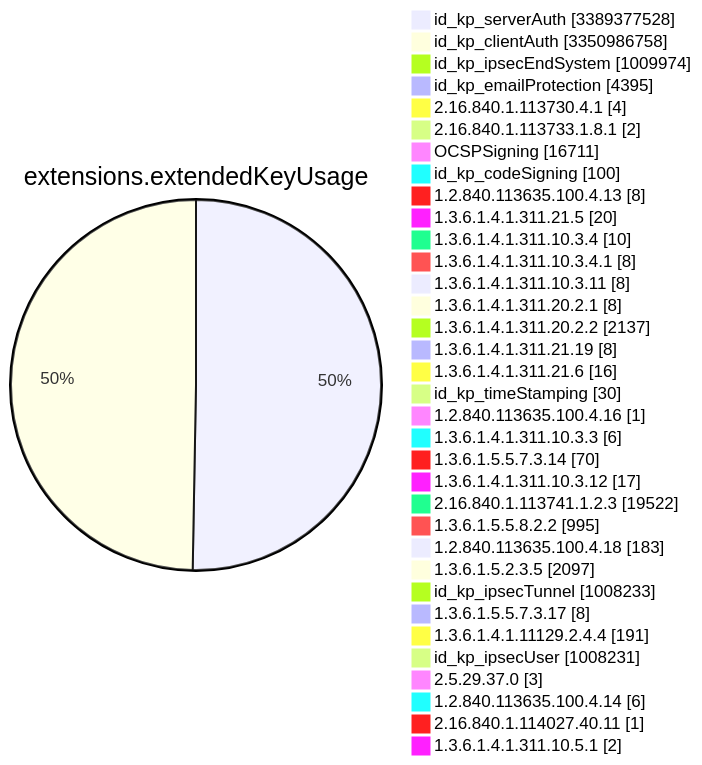
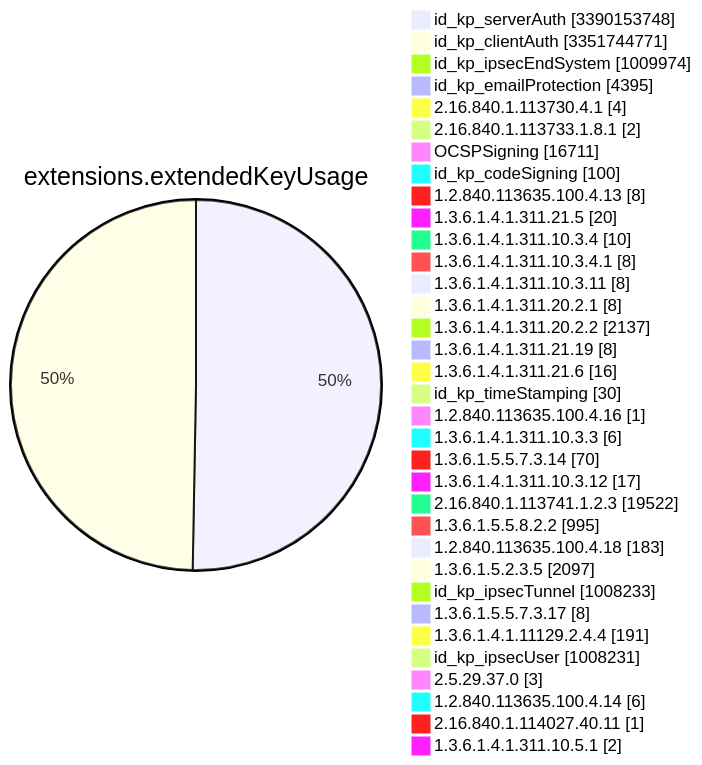
Before and after one commit to christiankrug/ctmonitor_visualization: diagram 11 of 15 in TOTAL/README.md, drawn with Mermaid. The commit also changed other lines of this file, not shown here.

````diff
--- a/TOTAL/README.md
+++ b/TOTAL/README.md
@@ -4121,38 +4121,38 @@
 ```mermaid
 pie showData
 title extensions.extendedKeyUsage
-"id_kp_serverAuth" :3389377528
-"id_kp_clientAuth" :3350986758
+"id_kp_serverAuth" :3390153748
+"id_kp_clientAuth" :3351744771
 "id_kp_ipsecEndSystem" :1009974
 "id_kp_emailProtection" :4395
 "2.16.840.1.113730.4.1" :4
 "2.16.840.1.113733.1.8.1" :2
 "OCSPSigning" :16711
 "id_kp_codeSigning" :100
 "1.2.840.113635.100.4.13" :8
 "1.3.6.1.4.1.311.21.5" :20
 "1.3.6.1.4.1.311.10.3.4" :10
 "1.3.6.1.4.1.311.10.3.4.1" :8
 "1.3.6.1.4.1.311.10.3.11" :8
 "1.3.6.1.4.1.311.20.2.1" :8
 "1.3.6.1.4.1.311.20.2.2" :2137
 "1.3.6.1.4.1.311.21.19" :8
 "1.3.6.1.4.1.311.21.6" :16
 "id_kp_timeStamping" :30
 "1.2.840.113635.100.4.16" :1
 "1.3.6.1.4.1.311.10.3.3" :6
 "1.3.6.1.5.5.7.3.14" :70
 "1.3.6.1.4.1.311.10.3.12" :17
 "2.16.840.1.113741.1.2.3" :19522
 "1.3.6.1.5.5.8.2.2" :995
 "1.2.840.113635.100.4.18" :183
 "1.3.6.1.5.2.3.5" :2097
 "id_kp_ipsecTunnel" :1008233
 "1.3.6.1.5.5.7.3.17" :8
 "1.3.6.1.4.1.11129.2.4.4" :191
 "id_kp_ipsecUser" :1008231
 "2.5.29.37.0" :3
 "1.2.840.113635.100.4.14" :6
 "2.16.840.1.114027.40.11" :1
 "1.3.6.1.4.1.311.10.5.1" :2
 ```
````
